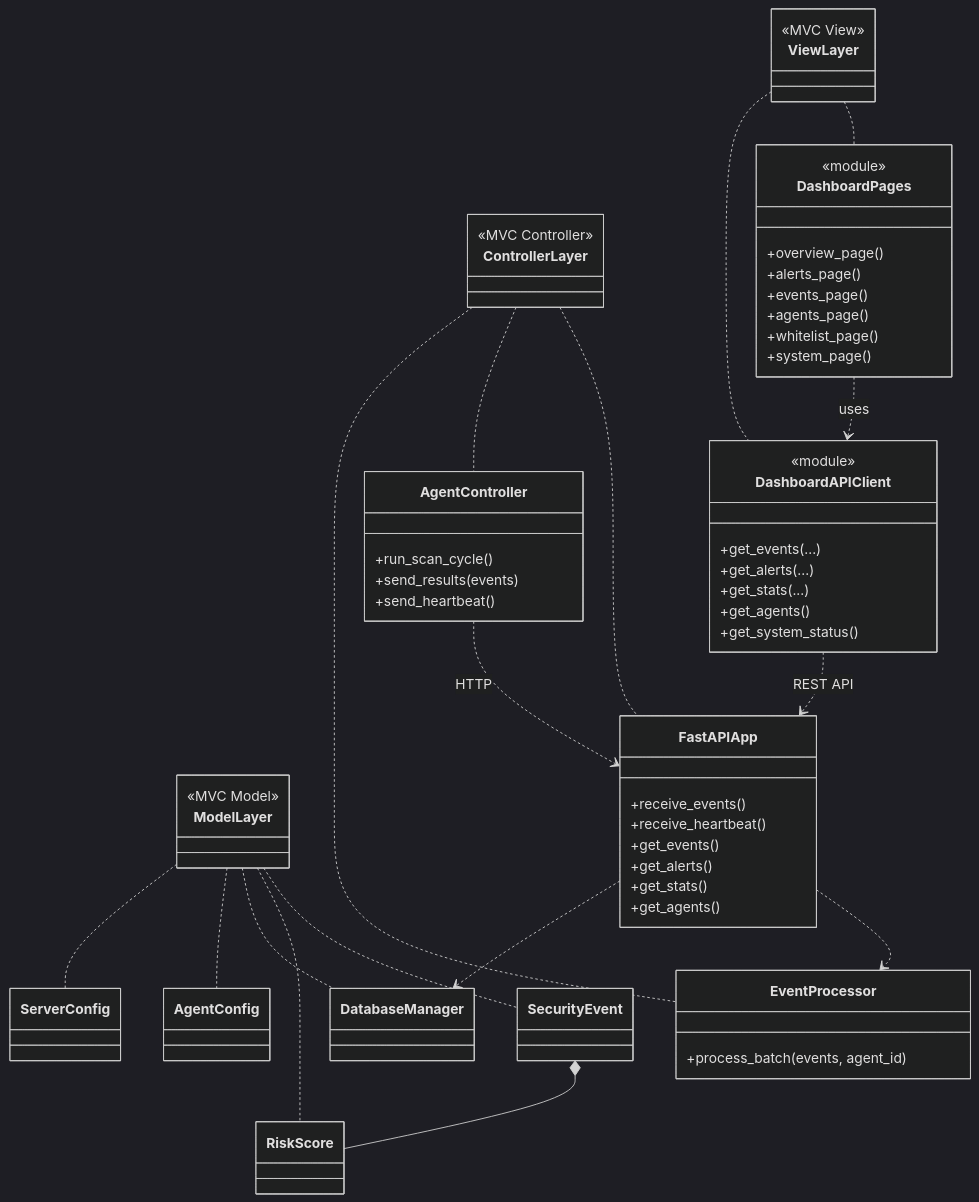
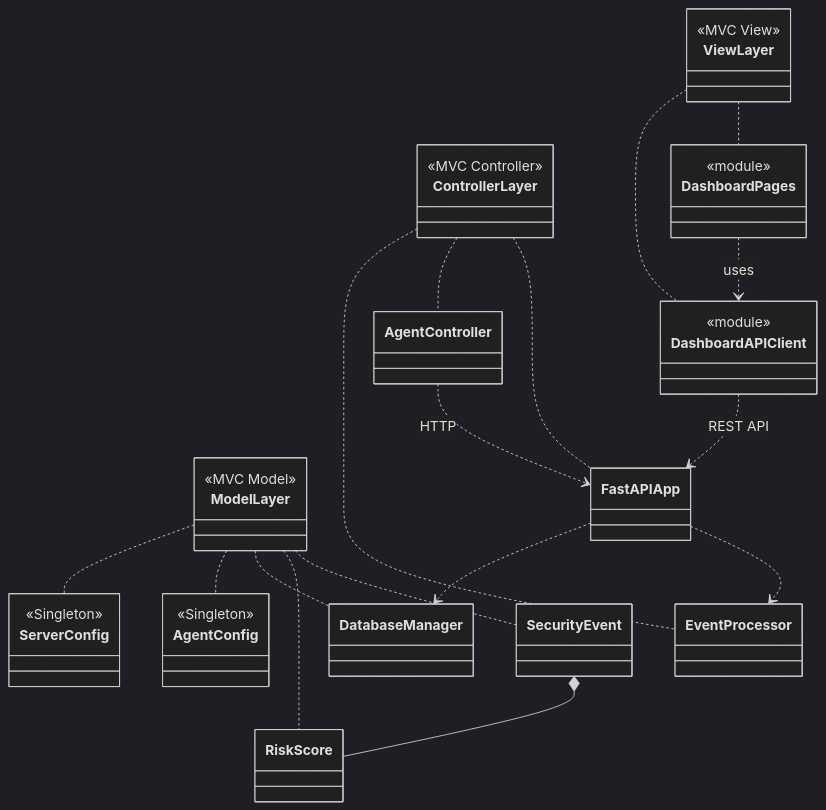
The second of 2 diagrams in uml4.md (kupetsovkn24-lgtm/HIDS), drawn with Mermaid (dark theme) before and after one commit. The commit also changed other lines of this file, not shown here.

First line of the commit message:
Revise UML diagrams and architecture details

````diff
--- a/uml4.md
+++ b/uml4.md
@@ -5,78 +101,39 @@
 ```mermaid
 classDiagram
 direction TB
 
-class ViewLayer {
-  <<MVC View>>
-}
-class ControllerLayer {
-  <<MVC Controller>>
-}
-class ModelLayer {
-  <<MVC Model>>
-}
+class ViewLayer { <<MVC View>> }
+class ControllerLayer { <<MVC Controller>> }
+class ModelLayer { <<MVC Model>> }
 
-class DashboardPages {
-  <<module>>
-  +overview_page()
-  +alerts_page()
-  +events_page()
-  +agents_page()
-  +whitelist_page()
-  +system_page()
-}
-
-class DashboardAPIClient {
-  <<module>>
-  +get_events(...)
-  +get_alerts(...)
-  +get_stats(...)
-  +get_agents()
-  +get_system_status()
-}
-
-class FastAPIApp {
-  +receive_events()
-  +receive_heartbeat()
-  +get_events()
-  +get_alerts()
-  +get_stats()
-  +get_agents()
-}
-
-class AgentController {
-  +run_scan_cycle()
-  +send_results(events)
-  +send_heartbeat()
-}
-
-class EventProcessor {
-  +process_batch(events, agent_id)
-}
-
+class DashboardPages { <<module>> }
+class DashboardAPIClient { <<module>> }
+class FastAPIApp
+class AgentController
+class EventProcessor
 class SecurityEvent
 class RiskScore
 class DatabaseManager
-class AgentConfig
-class ServerConfig
+class AgentConfig { <<Singleton>> }
+class ServerConfig { <<Singleton>> }
 
 ViewLayer .. DashboardPages
 ViewLayer .. DashboardAPIClient
 
 ControllerLayer .. FastAPIApp
 ControllerLayer .. AgentController
 ControllerLayer .. EventProcessor
 
 ModelLayer .. SecurityEvent
 ModelLayer .. RiskScore
 ModelLayer .. DatabaseManager
 ModelLayer .. AgentConfig
 ModelLayer .. ServerConfig
 
 DashboardPages ..> DashboardAPIClient : uses
 DashboardAPIClient ..> FastAPIApp : REST API
 AgentController ..> FastAPIApp : HTTP
 FastAPIApp ..> EventProcessor
 FastAPIApp ..> DatabaseManager
 SecurityEvent *-- RiskScore
 ```
````
